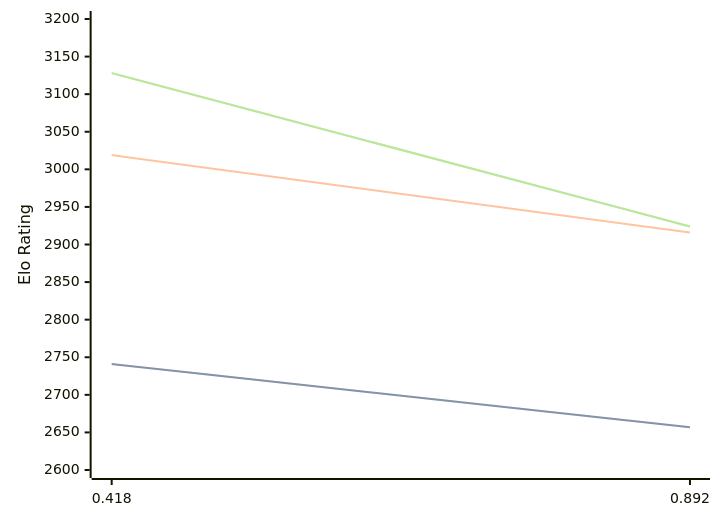
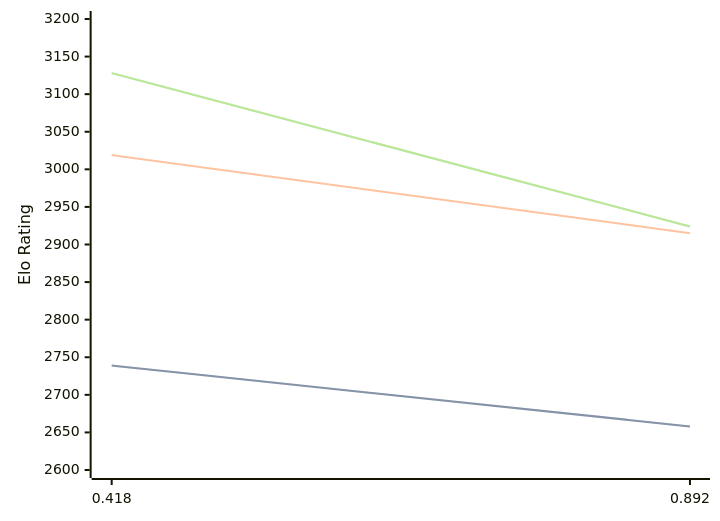
One commit to computer-chess-index/cci changed the diagram in engines/Malika.md. Above: the diagram before and after it, drawn with Mermaid. The commit also changed other lines of this file, not shown here.

Commit message:
Update CCI Ratings (ELO VLTC) - 2026-03-23

````diff
--- a/engines/Malika.md
+++ b/engines/Malika.md
@@ -32,11 +32,11 @@
 ```mermaid
 %%{init: {"theme":"base","themeVariables":{"seriesColors:['#a3a3a3','#222221','#faa371']}}}%%
 xychart-beta
   x-axis ["0.418", "0.892"]
   y-axis "Elo Rating" 2600 --> 3200
-  line "STC (8.0+0.08s)" [2741, 2657]
-  line "STC (8.0+0.08s)" [2741, 2657]
-  line "LTC (60.0+0.60s)" [3019, 2916]
+  line "STC (8.0+0.08s)" [2739, 2658]
+  line "STC (8.0+0.08s)" [2739, 2658]
+  line "LTC (60.0+0.60s)" [3019, 2915]
   line "VLTC (2m24s+1.12s)" [3128, 2924]
   line "VLTC (2m24s+1.12s)" [3128, 2924]
 ```
````
